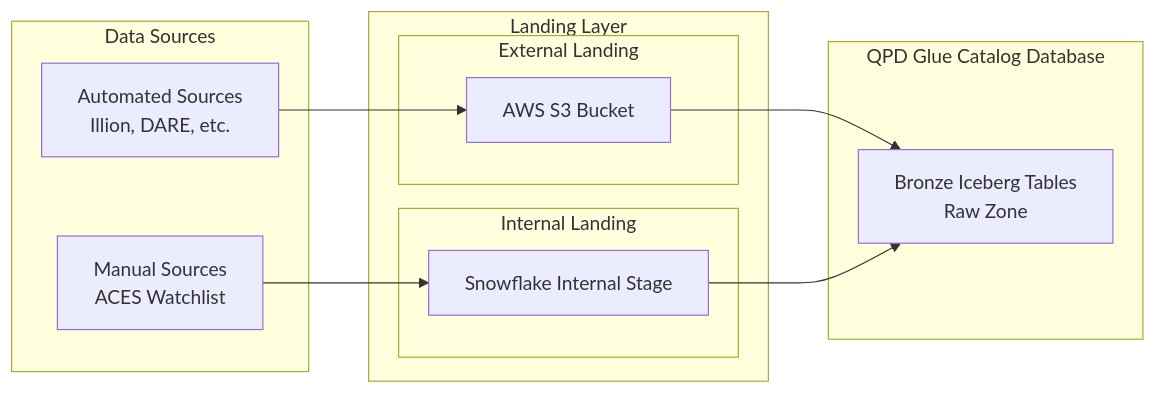
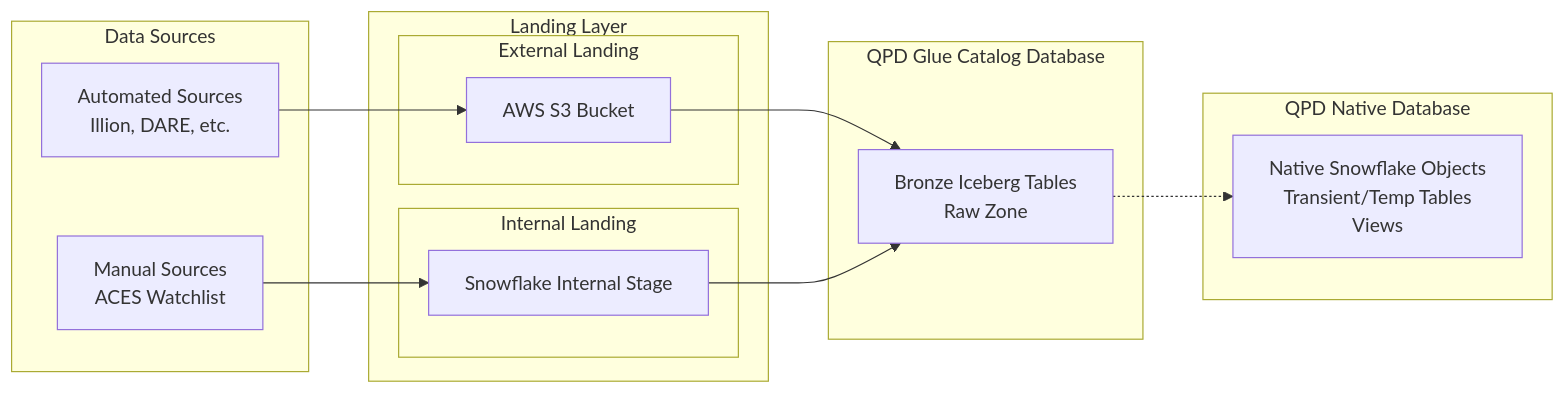
Before and after one commit to sfc-gh-mhindi/REPO_CBA: the fourth of 23 diagrams in 15-BB-QPD Future State/QPD - Future State.md, drawn with Mermaid. The commit also changed other lines of this file, not shown here.

Commit message:
Update QPD - Future State.md

````diff
--- a/15-BB-QPD Future State/QPD - Future State.md
+++ b/15-BB-QPD Future State/QPD - Future State.md
@@ -366,25 +374,30 @@
 ```mermaid
 graph LR
+    subgraph "Data Sources"
+        Auto[Automated Sources<br/>Illion, DARE, etc.]
+        Manual[Manual Sources<br/>ACES Watchlist]
+    end
+    
     subgraph "Landing Layer"
         subgraph "External Landing"
             S3[AWS S3 Bucket]
         end
         subgraph "Internal Landing" 
             SF_Stage[Snowflake Internal Stage]
         end
     end
     
-    subgraph "Data Sources"
-        Auto[Automated Sources<br/>Illion, DARE, etc.]
-        Manual[Manual Sources<br/>ACES Watchlist]
+    subgraph "QPD Glue Catalog Database"
+        Bronze[Bronze Iceberg Tables<br/>Raw Zone]
     end
     
-    subgraph "QPD Glue Catalog Database"
-        Bronze[Bronze Iceberg Tables<br/>Raw Zone]
+    subgraph "QPD Native Database"
+        Native[Native Snowflake Objects<br/>Transient/Temp Tables<br/>Views]
     end
     
     Auto --> S3
     Manual --> SF_Stage
     S3 --> Bronze
     SF_Stage --> Bronze
+    Bronze -.-> Native
 ```
````
